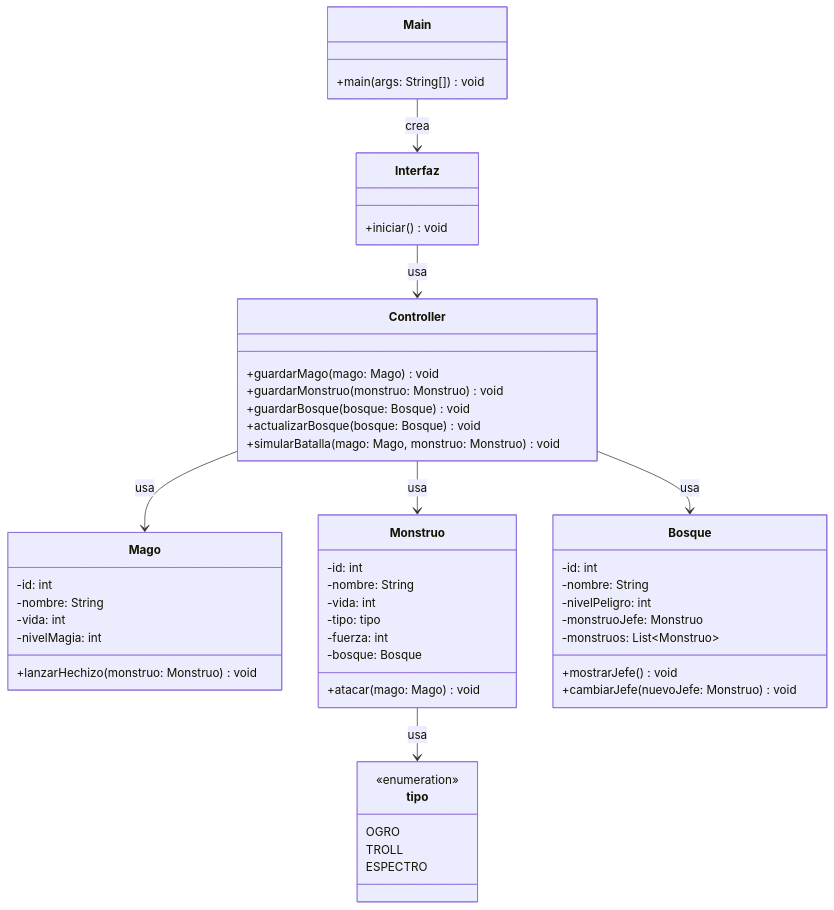
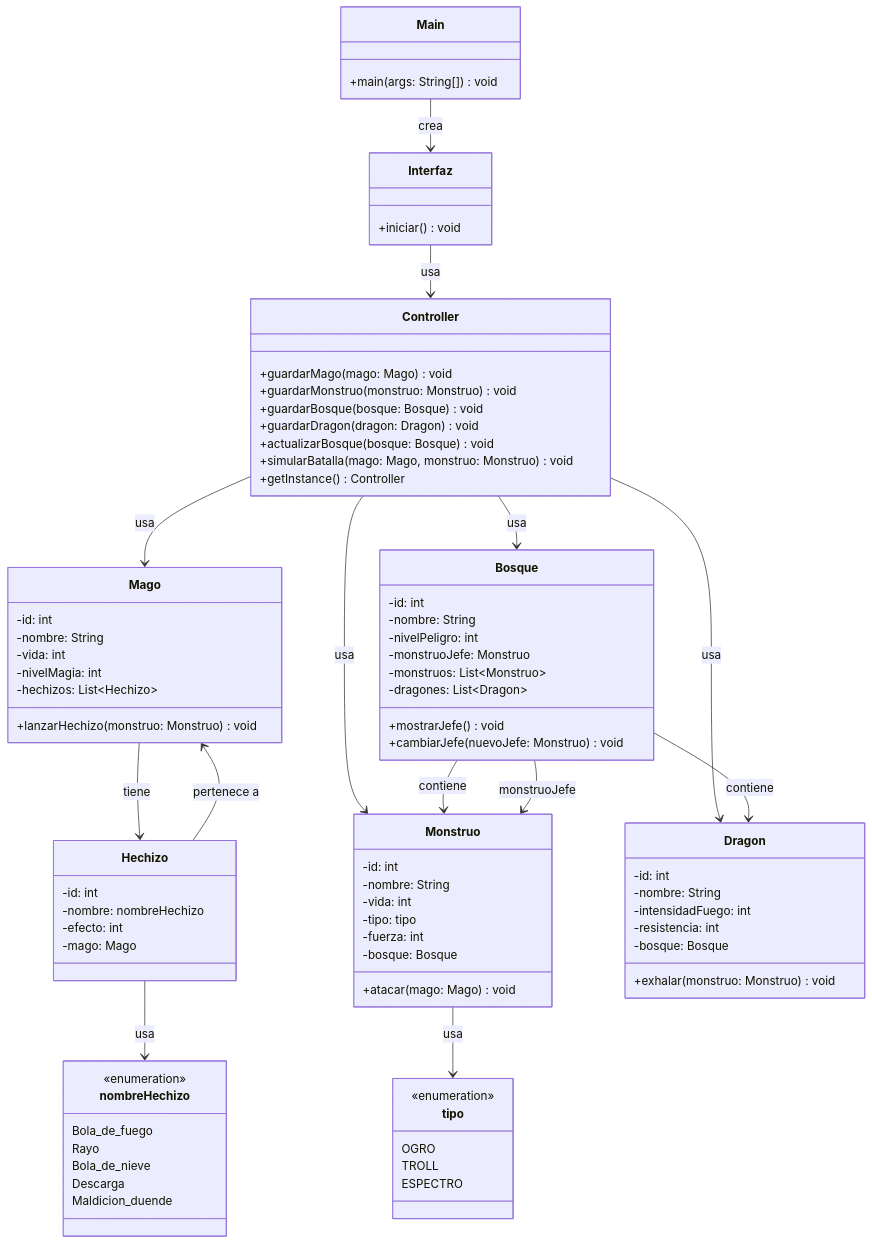
Before and after one commit to FernandoAR1/Dragonlandia: the first of 2 diagrams in README.md, drawn with Mermaid. The commit also changed other lines of this file, not shown here.

Commit message:
actualizado readme

````diff
--- a/README.md
+++ b/README.md
@@ -20,8 +20,10 @@
         +guardarMago(mago: Mago) void
         +guardarMonstruo(monstruo: Monstruo) void
         +guardarBosque(bosque: Bosque) void
+        +guardarDragon(dragon: Dragon) void
         +actualizarBosque(bosque: Bosque) void
         +simularBatalla(mago: Mago, monstruo: Monstruo) void
+        +getInstance() Controller
     }
 
     class Mago {
@@ -29,7 +31,15 @@
         -nombre: String
         -vida: int
         -nivelMagia: int
+        -hechizos: List~Hechizo~
         +lanzarHechizo(monstruo: Monstruo) void
+    }
+
+    class Hechizo {
+        -id: int
+        -nombre: nombreHechizo
+        -efecto: int
+        -mago: Mago
     }
 
     class Monstruo {
@@ -48,8 +58,18 @@
         -nivelPeligro: int
         -monstruoJefe: Monstruo
         -monstruos: List~Monstruo~
+        -dragones: List~Dragon~
         +mostrarJefe() void
         +cambiarJefe(nuevoJefe: Monstruo) void
+    }
+
+    class Dragon {
+        -id: int
+        -nombre: String
+        -intensidadFuego: int
+        -resistencia: int
+        -bosque: Bosque
+        +exhalar(monstruo: Monstruo) void
     }
 
     class tipo {
@@ -59,10 +79,26 @@
         ESPECTRO
     }
 
+    class nombreHechizo {
+        <<enumeration>>
+        Bola_de_fuego
+        Rayo
+        Bola_de_nieve
+        Descarga
+        Maldicion_duende
+    }
+
     Main --> Interfaz : crea
     Interfaz --> Controller : usa
     Controller --> Mago :usa
     Controller --> Bosque :usa
     Controller --> Monstruo :usa
+    Controller --> Dragon :usa
     Monstruo --> tipo :usa
+    Mago --> Hechizo :tiene
+    Hechizo --> nombreHechizo :usa
+    Hechizo --> Mago :pertenece a
+    Bosque --> Monstruo :contiene
+    Bosque --> Dragon :contiene
+    Bosque --> Monstruo :monstruoJefe
 ```
````
